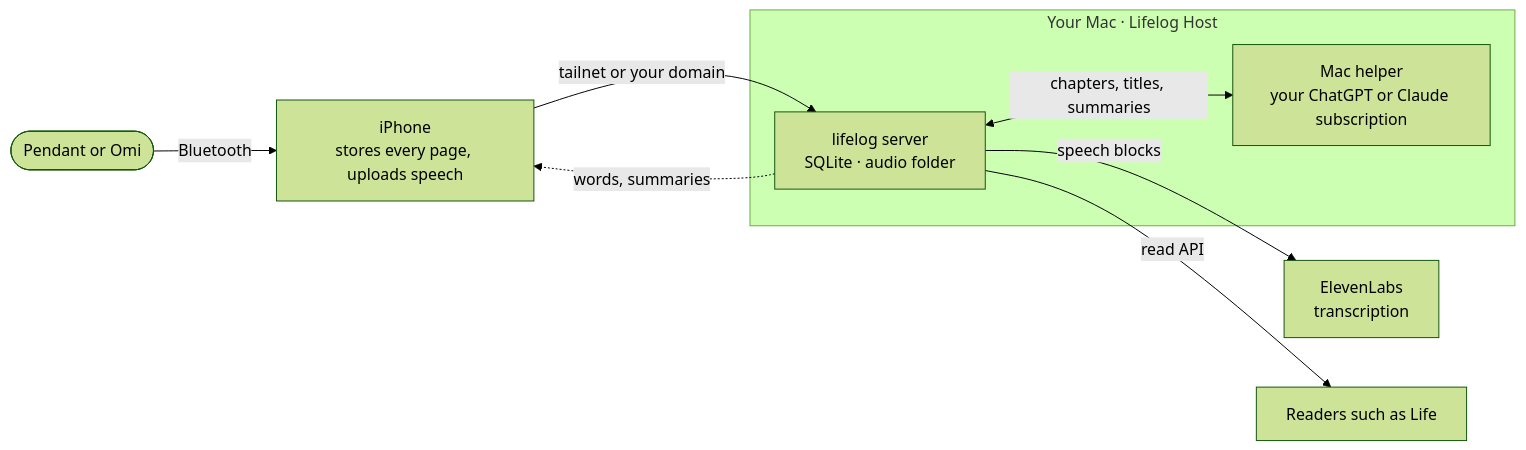
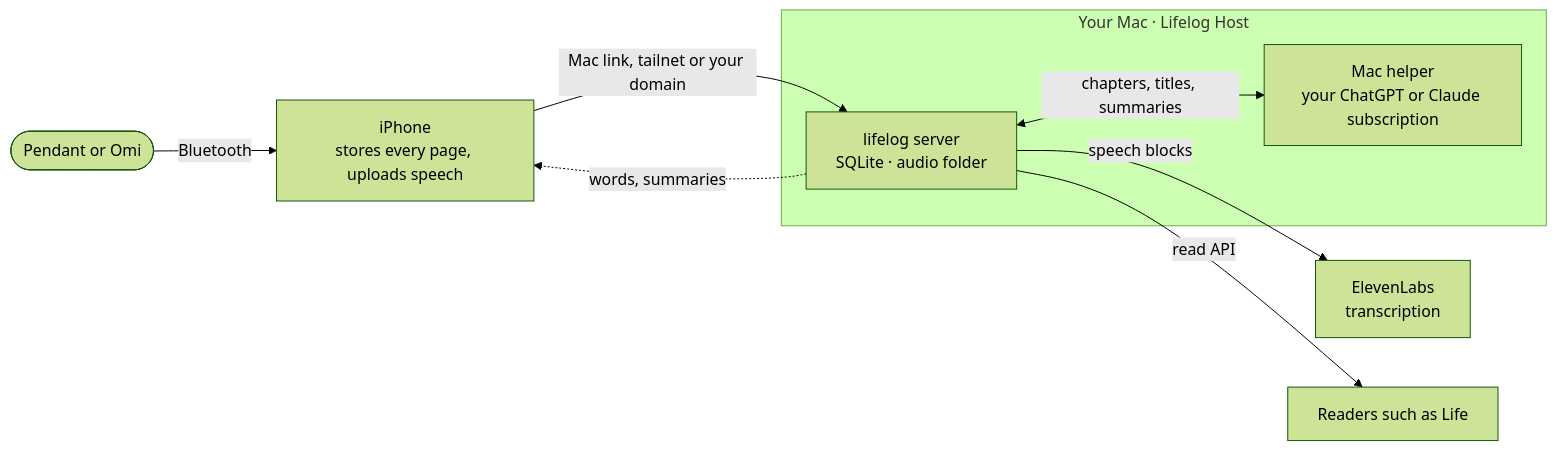
The diagram in apps/lifelog/README.md (eric-edouard/life), drawn with Mermaid (forest theme) before and after one commit. The commit also changed 4 other files, not shown here.

Commit message:
Mac link docs: the phone half

````diff
--- a/apps/lifelog/README.md
+++ b/apps/lifelog/README.md
@@ -51,13 +51,13 @@
 ```mermaid
 flowchart LR
   P(["Pendant or Omi"]) -- "Bluetooth" --> I["iPhone<br/>stores every page, uploads speech"]
   subgraph Mac["Your Mac · Lifelog Host"]
     S["lifelog server<br/>SQLite · audio folder"]
     H["Mac helper<br/>your ChatGPT or Claude subscription"]
   end
-  I -- "tailnet or your domain" --> S
+  I -- "Mac link, tailnet or your domain" --> S
   S -- "speech blocks" --> E["ElevenLabs<br/>transcription"]
   S <-- "chapters, titles, summaries" --> H
   S -- "read API" --> R["Readers such as Life"]
   S -. "words, summaries" .-> I
 ```
````
